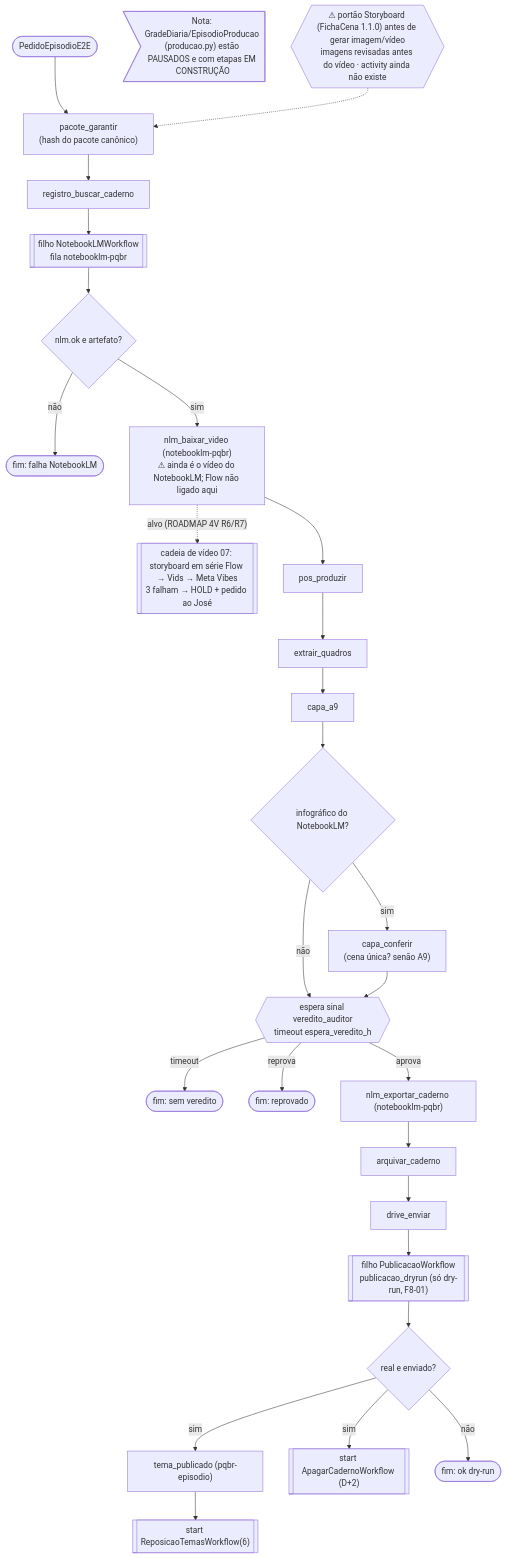
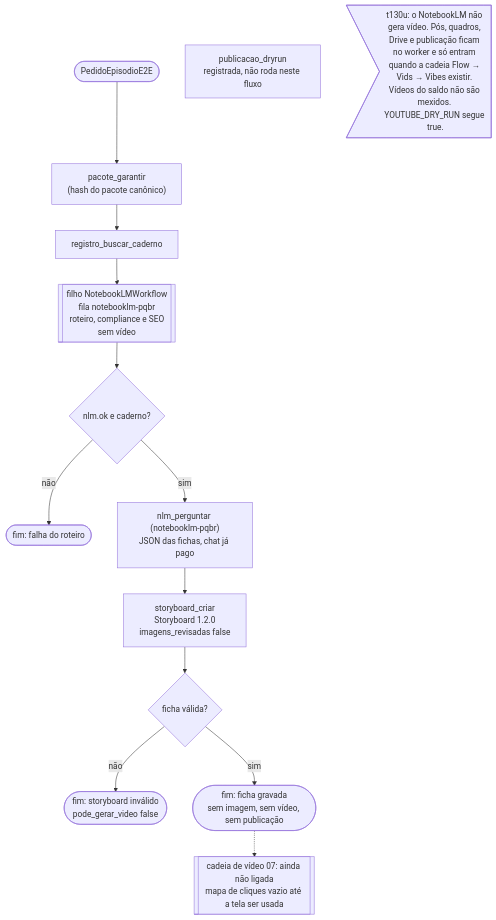
One commit to jvmendesjr/PQBR changed the diagram in docs/mapa/01-episodio.mmd. Above: the diagram before and after it, drawn with Mermaid. The commit also changed 22 other files, not shown here.

First line of the commit message:
fluxo: storyboard no episódio e NotebookLM sem vídeo (t130u)

```diff
--- a/docs/mapa/01-episodio.mmd
+++ b/docs/mapa/01-episodio.mmd
@@ -1,28 +1,16 @@
-%% EpisodioWorkflow (src/pqbr/workflows/episodio.py) — fila episodio-pqbr. Gerado do código 24/10/2026.
+%% EpisodioWorkflow (src/pqbr/workflows/episodio.py) — fila episodio-pqbr. t130u: para no storyboard.
 flowchart TD
   S(["PedidoEpisodioE2E"]) --> A1["pacote_garantir<br/>(hash do pacote canônico)"]
   A1 --> A2["registro_buscar_caderno"]
-  A2 --> W1[["filho NotebookLMWorkflow<br/>fila notebooklm-pqbr"]]
-  W1 --> D1{"nlm.ok e artefato?"}
-  D1 -- não --> F1(["fim: falha NotebookLM"])
-  D1 -- sim --> A3["nlm_baixar_video (notebooklm-pqbr)<br/>⚠ ainda é o vídeo do NotebookLM; Flow não ligado aqui"]
-  A3 -. "alvo (ROADMAP 4V R6/R7)" .-> CV[["cadeia de vídeo 07: storyboard em série Flow → Vids → Meta Vibes<br/>3 falham → HOLD + pedido ao José"]]
-  A3 --> A4["pos_produzir"] --> A5["extrair_quadros"] --> A6["capa_a9"]
-  A6 --> D2{"infográfico do NotebookLM?"}
-  D2 -- sim --> A7["capa_conferir<br/>(cena única? senão A9)"]
-  D2 -- não --> W
-  A7 --> W
-  W{{"espera sinal veredito_auditor<br/>timeout espera_veredito_h"}}
-  W -- timeout --> F2(["fim: sem veredito"])
-  W -- reprova --> F3(["fim: reprovado"])
-  W -- aprova --> A8["nlm_exportar_caderno (notebooklm-pqbr)"]
-  A8 --> A9["arquivar_caderno"] --> A10["drive_enviar"]
-  A10 --> W2[["filho PublicacaoWorkflow<br/>publicacao_dryrun (só dry-run, F8-01)"]]
-  W2 --> D3{"real e enviado?"}
-  D3 -- sim --> A11["tema_publicado (pqbr-episodio)"] --> W3[["start ReposicaoTemasWorkflow(6)"]]
-  D3 -- sim --> W4[["start ApagarCadernoWorkflow (D+2)"]]
-  D3 -- não --> F4(["fim: ok dry-run"])
-  N1>"Nota: GradeDiaria/EpisodioProducao (producao.py) estão PAUSADOS e com etapas EM CONSTRUÇÃO"]
-  %% t75u–t78u (26/10/2026): portão de storyboard antes de gerar
-  SBG{{"⚠ portão Storyboard (FichaCena 1.1.0) antes de gerar imagem/vídeo<br/>imagens revisadas antes do vídeo · activity ainda não existe"}}
-  SBG -.-> A1
+  A2 --> W1[["filho NotebookLMWorkflow<br/>fila notebooklm-pqbr<br/>roteiro, compliance e SEO<br/>sem vídeo"]]
+  W1 --> D1{"nlm.ok e caderno?"}
+  D1 -- não --> F1(["fim: falha do roteiro"])
+  D1 -- sim --> A3["nlm_perguntar (notebooklm-pqbr)<br/>JSON das fichas, chat já pago"]
+  A3 --> A4["storyboard_criar<br/>Storyboard 1.2.0<br/>imagens_revisadas false"]
+  A4 --> D2{"ficha válida?"}
+  D2 -- não --> F2(["fim: storyboard inválido<br/>pode_gerar_video false"])
+  D2 -- sim --> F3(["fim: ficha gravada<br/>sem imagem, sem vídeo, sem publicação"])
+  PUB["publicacao_dryrun<br/>registrada, não roda neste fluxo"]
+  N>"t130u: o NotebookLM não gera vídeo. Pós, quadros, Drive e publicação ficam no worker e só entram quando a cadeia Flow → Vids → Vibes existir. Vídeos do saldo não são mexidos. YOUTUBE_DRY_RUN segue true."]
+  CV[["cadeia de vídeo 07: ainda não ligada<br/>mapa de cliques vazio até a tela ser usada"]]
+  F3 -.-> CV
```
